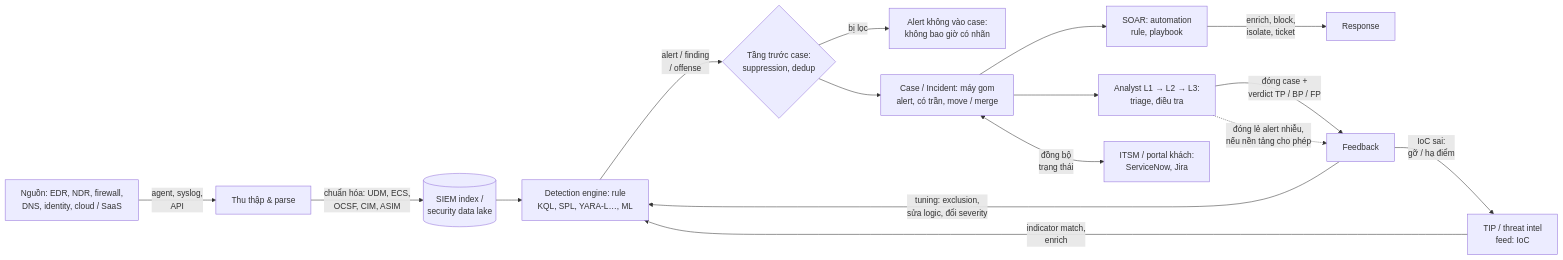
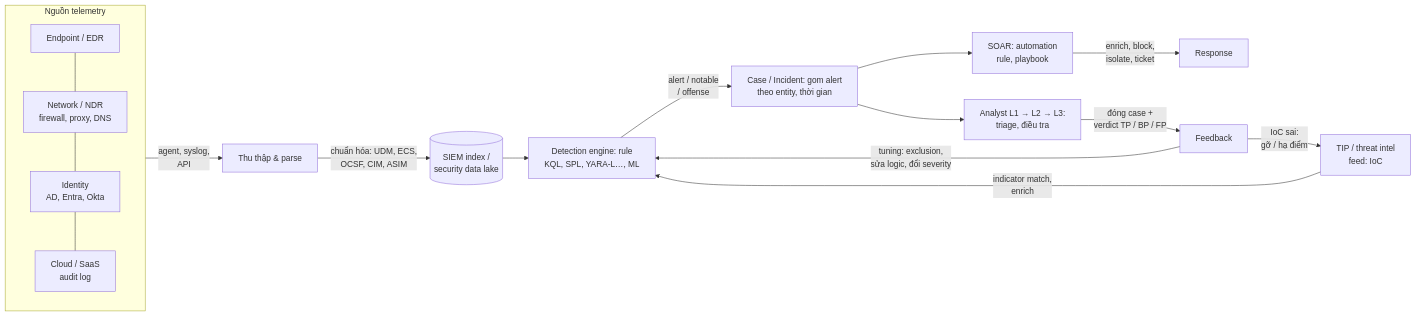
Before and after one commit to catncockroach/knowledge: the first of 2 diagrams in research/2026-10-18-llm-tuning-rule-giam-false-positive/report.md, drawn with Mermaid. The commit also changed other lines of this file and 1 other file, not shown here.

Commit message:
tuning report: restore simple domain diagram
- revert diagram to the original flow, keeping only bp fix and 2-line labels
- point to the case/soar report diagram for the pre-case and itsm details

````diff
--- a/research/2026-10-18-llm-tuning-rule-giam-false-positive/report.md
+++ b/research/2026-10-18-llm-tuning-rule-giam-false-positive/report.md
@@ -31,18 +31,19 @@
 ```mermaid
 flowchart LR
-  SRC["Nguồn: EDR, NDR, firewall,<br/>DNS, identity, cloud / SaaS"] -->|"agent, syslog,<br/>API"| ING[Thu thập & parse]
+  subgraph Sources[Nguồn telemetry]
+    EP[Endpoint / EDR] --- NET["Network / NDR<br/>firewall, proxy, DNS"]
+    NET --- ID["Identity<br/>AD, Entra, Okta"]
+    ID --- CLOUD["Cloud / SaaS<br/>audit log"]
+  end
+  Sources -->|"agent, syslog,<br/>API"| ING[Thu thập & parse]
   ING -->|"chuẩn hóa: UDM, ECS,<br/>OCSF, CIM, ASIM"| STORE[("SIEM index /<br/>security data lake")]
   TIP["TIP / threat intel<br/>feed: IoC"] -->|"indicator match,<br/>enrich"| DET
   STORE --> DET["Detection engine: rule<br/>KQL, SPL, YARA-L…, ML"]
-  DET -->|"alert / finding<br/>/ offense"| PRE{"Tầng trước case:<br/>suppression, dedup"}
-  PRE -->|bị lọc| DROP["Alert không vào case:<br/>không bao giờ có nhãn"]
-  PRE --> CASE["Case / Incident: máy gom<br/>alert, có trần, move / merge"]
+  DET -->|"alert / notable<br/>/ offense"| CASE["Case / Incident: gom alert<br/>theo entity, thời gian"]
   CASE --> SOAR["SOAR: automation<br/>rule, playbook"]
   SOAR -->|"enrich, block,<br/>isolate, ticket"| RESP[Response]
   CASE --> AN["Analyst L1 → L2 → L3:<br/>triage, điều tra"]
   AN -->|"đóng case +<br/>verdict TP / BP / FP"| FB[Feedback]
-  AN -.->|"đóng lẻ alert nhiễu,<br/>nếu nền tảng cho phép"| FB
-  CASE <-->|"đồng bộ<br/>trạng thái"| ITSM["ITSM / portal khách:<br/>ServiceNow, Jira"]
   FB -->|"tuning: exclusion,<br/>sửa logic, đổi severity"| DET
   FB -->|"IoC sai:<br/>gỡ / hạ điểm"| TIP
 ```
````
